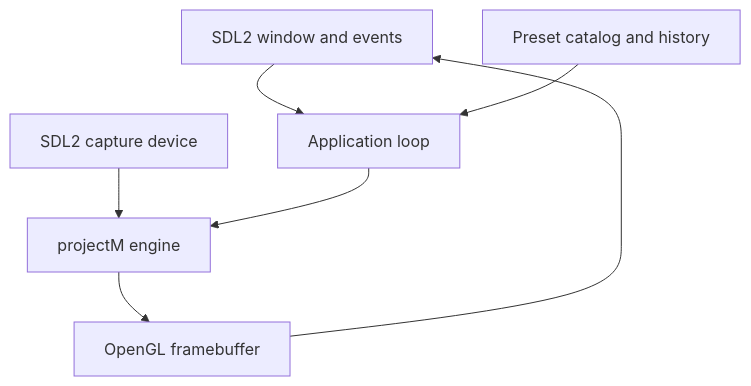
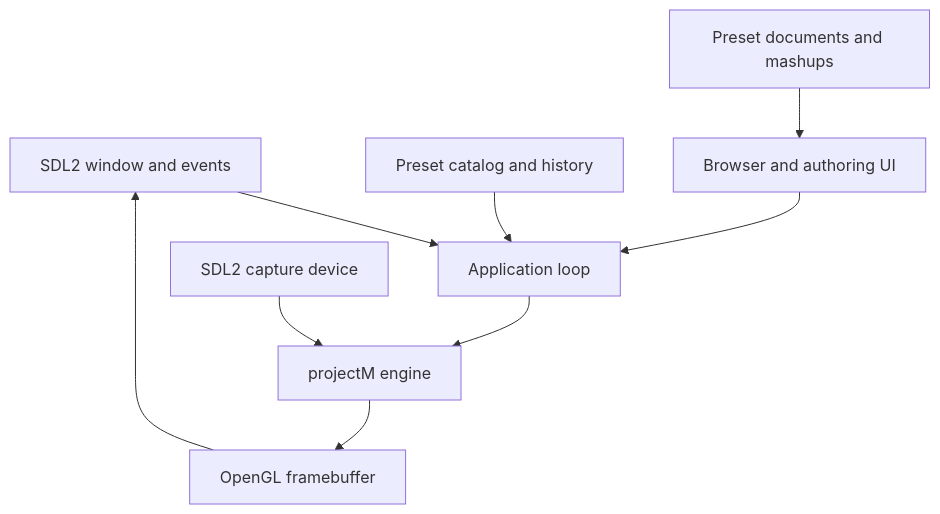
Before and after one commit to P-O-P-E/milkdrop3-linux-native: the diagram in docs/ARCHITECTURE.md, drawn with Mermaid. The commit also changed other lines of this file and 32 other files, not shown here.

Commit message:
Add native preset authoring and mashups

````diff
--- a/docs/ARCHITECTURE.md
+++ b/docs/ARCHITECTURE.md
@@ -11,9 +11,11 @@
 ```mermaid
 flowchart TD
     SDL[SDL2 window and events] --> App[Application loop]
     Audio[SDL2 capture device] --> Engine[projectM engine]
     Catalog[Preset catalog and history] --> App
+    UI[Browser and authoring UI] --> App
+    Documents[Preset documents and mashups] --> UI
     App --> Engine
     Engine --> GL[OpenGL framebuffer]
     GL --> SDL
 ```
````
